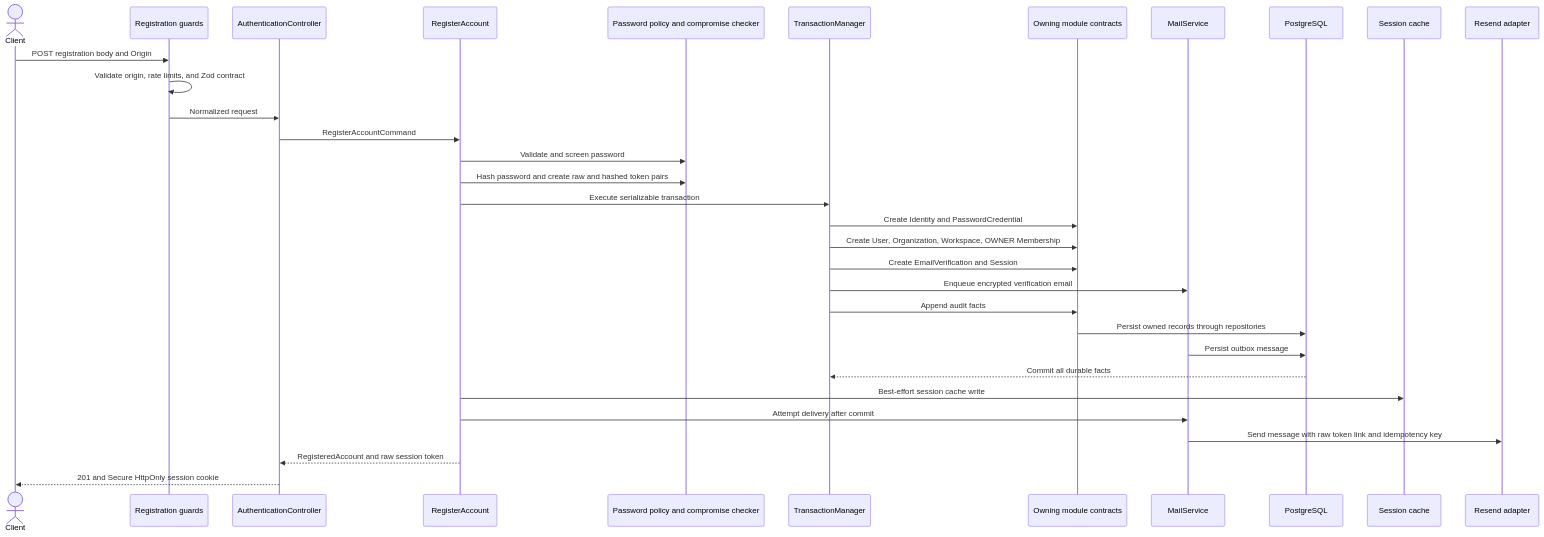
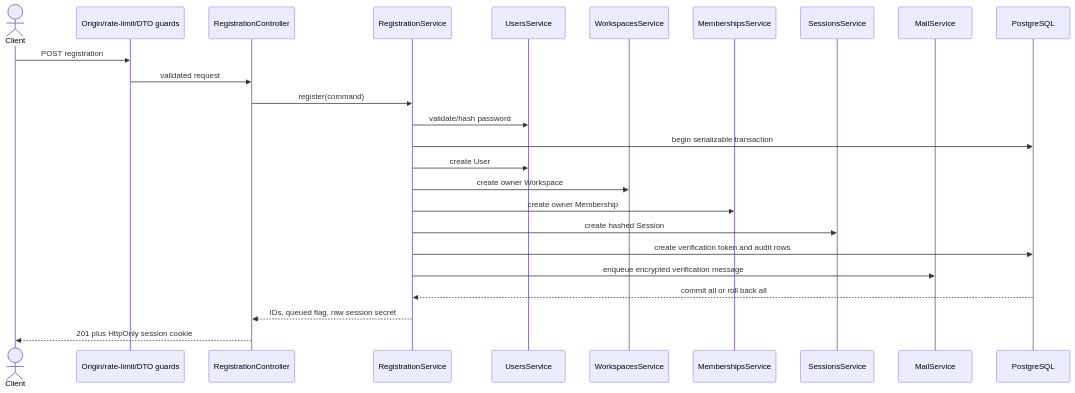
One commit to KasraK2K/nexora-platform-core changed the diagram in docs/flows/registration.md. Above: the diagram before and after it, drawn with Mermaid. The commit also changed other lines of this file and 167 other files, not shown here.

````diff
--- a/docs/flows/registration.md
+++ b/docs/flows/registration.md
@@ -9,35 +6,28 @@
 ```mermaid
 sequenceDiagram
     actor Client
-    participant Guard as Registration guards
-    participant Controller as AuthenticationController
-    participant UseCase as RegisterAccount
-    participant Security as Password policy and compromise checker
-    participant Tx as TransactionManager
-    participant Core as Owning module contracts
+    participant Guard as Origin/rate-limit/DTO guards
+    participant Controller as RegistrationController
+    participant Service as RegistrationService
+    participant Users as UsersService
+    participant Workspaces as WorkspacesService
+    participant Memberships as MembershipsService
+    participant Sessions as SessionsService
     participant Mail as MailService
     participant DB as PostgreSQL
-    participant Redis as Session cache
-    participant Resend as Resend adapter
 
-    Client->>Guard: POST registration body and Origin
-    Guard->>Guard: Validate origin, rate limits, and Zod contract
-    Guard->>Controller: Normalized request
-    Controller->>UseCase: RegisterAccountCommand
-    UseCase->>Security: Validate and screen password
-    UseCase->>Security: Hash password and create raw and hashed token pairs
-    UseCase->>Tx: Execute serializable transaction
-    Tx->>Core: Create Identity and PasswordCredential
-    Tx->>Core: Create User, Organization, Workspace, OWNER Membership
-    Tx->>Core: Create EmailVerification and Session
-    Tx->>Mail: Enqueue encrypted verification email
-    Tx->>Core: Append audit facts
-    Core->>DB: Persist owned records through repositories
-    Mail->>DB: Persist outbox message
-    DB-->>Tx: Commit all durable facts
-    UseCase->>Redis: Best-effort session cache write
-    UseCase->>Mail: Attempt delivery after commit
-    Mail->>Resend: Send message with raw token link and idempotency key
-    UseCase-->>Controller: RegisteredAccount and raw session token
-    Controller-->>Client: 201 and Secure HttpOnly session cookie
+    Client->>Guard: POST registration
+    Guard->>Controller: validated request
+    Controller->>Service: register(command)
+    Service->>Users: validate/hash password
+    Service->>DB: begin serializable transaction
+    Service->>Users: create User
+    Service->>Workspaces: create owner Workspace
+    Service->>Memberships: create owner Membership
+    Service->>Sessions: create hashed Session
+    Service->>DB: create verification token and audit rows
+    Service->>Mail: enqueue encrypted verification message
+    DB-->>Service: commit all or roll back all
+    Service-->>Controller: IDs, queued flag, raw session secret
+    Controller-->>Client: 201 plus HttpOnly session cookie
 ```
````
